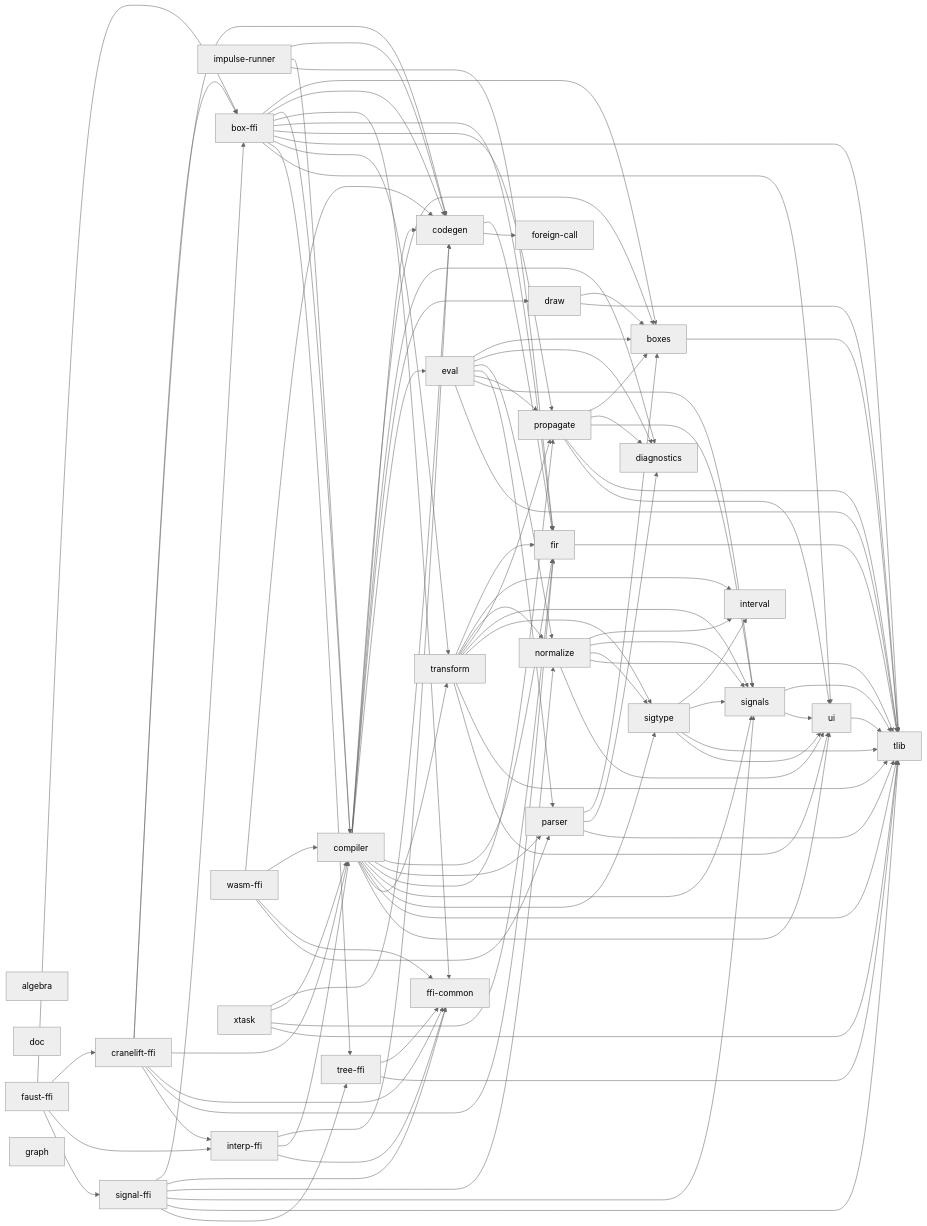
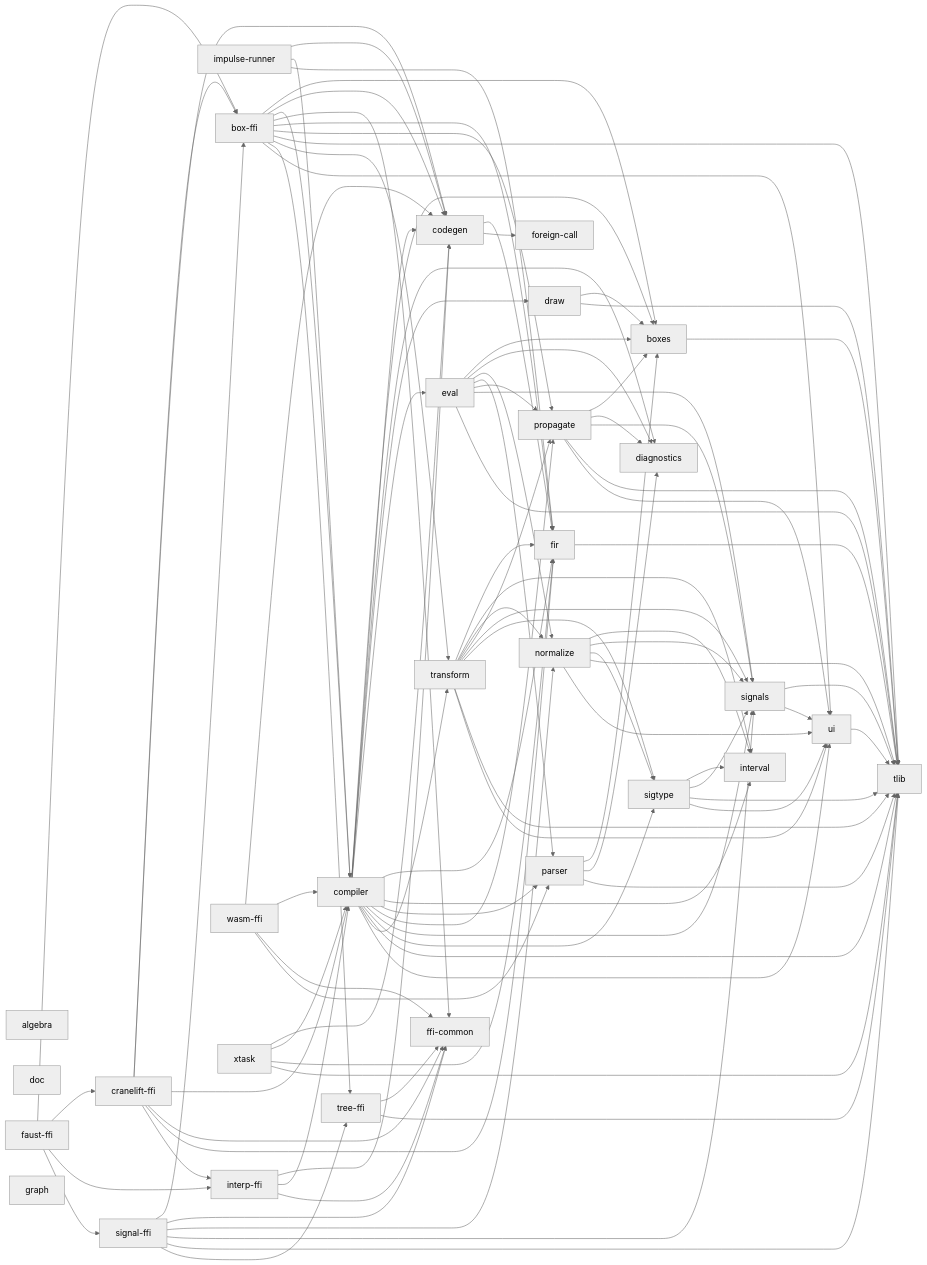
One commit to grame-cncm/faust-rs changed the diagram in docs/code-graphs/internal-crate-deps.mmd. Above: the diagram before and after it, drawn with Mermaid (neutral theme). The commit also changed 29 other files, not shown here.

```diff
--- a/docs/code-graphs/internal-crate-deps.mmd
+++ b/docs/code-graphs/internal-crate-deps.mmd
@@ -1,127 +1,128 @@
 flowchart LR
     crate_algebra["algebra"]
     crate_box_ffi["box-ffi"]
     crate_boxes["boxes"]
     crate_codegen["codegen"]
     crate_compiler["compiler"]
     crate_cranelift_ffi["cranelift-ffi"]
     crate_diagnostics["diagnostics"]
     crate_doc["doc"]
     crate_draw["draw"]
     crate_eval["eval"]
     crate_faust_ffi["faust-ffi"]
     crate_ffi_common["ffi-common"]
     crate_fir["fir"]
     crate_foreign_call["foreign-call"]
     crate_graph["graph"]
     crate_impulse_runner["impulse-runner"]
     crate_interp_ffi["interp-ffi"]
     crate_interval["interval"]
     crate_normalize["normalize"]
     crate_parser["parser"]
     crate_propagate["propagate"]
     crate_signal_ffi["signal-ffi"]
     crate_signals["signals"]
     crate_sigtype["sigtype"]
     crate_tlib["tlib"]
     crate_transform["transform"]
     crate_tree_ffi["tree-ffi"]
     crate_ui["ui"]
     crate_wasm_ffi["wasm-ffi"]
     crate_xtask["xtask"]
     crate_box_ffi --> crate_boxes
     crate_box_ffi --> crate_codegen
     crate_box_ffi --> crate_compiler
     crate_box_ffi --> crate_ffi_common
     crate_box_ffi --> crate_fir
     crate_box_ffi --> crate_propagate
     crate_box_ffi --> crate_tlib
     crate_box_ffi --> crate_transform
     crate_box_ffi --> crate_tree_ffi
     crate_box_ffi --> crate_ui
     crate_boxes --> crate_tlib
     crate_codegen --> crate_fir
     crate_codegen --> crate_foreign_call
     crate_compiler --> crate_boxes
     crate_compiler --> crate_codegen
     crate_compiler --> crate_diagnostics
     crate_compiler --> crate_draw
     crate_compiler --> crate_eval
     crate_compiler --> crate_fir
+    crate_compiler --> crate_interval
     crate_compiler --> crate_parser
     crate_compiler --> crate_propagate
     crate_compiler --> crate_signals
     crate_compiler --> crate_sigtype
     crate_compiler --> crate_tlib
     crate_compiler --> crate_transform
     crate_compiler --> crate_ui
     crate_cranelift_ffi --> crate_box_ffi
     crate_cranelift_ffi --> crate_codegen
     crate_cranelift_ffi --> crate_compiler
     crate_cranelift_ffi --> crate_ffi_common
     crate_cranelift_ffi --> crate_fir
     crate_cranelift_ffi --> crate_interp_ffi
     crate_draw --> crate_boxes
     crate_draw --> crate_tlib
     crate_eval --> crate_boxes
     crate_eval --> crate_diagnostics
     crate_eval --> crate_normalize
     crate_eval --> crate_parser
     crate_eval --> crate_propagate
     crate_eval --> crate_signals
     crate_eval --> crate_tlib
     crate_faust_ffi --> crate_box_ffi
     crate_faust_ffi --> crate_cranelift_ffi
     crate_faust_ffi --> crate_interp_ffi
     crate_faust_ffi --> crate_signal_ffi
     crate_fir --> crate_tlib
     crate_impulse_runner --> crate_codegen
     crate_impulse_runner --> crate_compiler
     crate_impulse_runner --> crate_fir
     crate_interp_ffi --> crate_codegen
     crate_interp_ffi --> crate_compiler
     crate_interp_ffi --> crate_ffi_common
     crate_normalize --> crate_interval
     crate_normalize --> crate_signals
     crate_normalize --> crate_sigtype
     crate_normalize --> crate_tlib
     crate_normalize --> crate_ui
     crate_parser --> crate_boxes
     crate_parser --> crate_diagnostics
     crate_parser --> crate_tlib
     crate_propagate --> crate_boxes
     crate_propagate --> crate_diagnostics
     crate_propagate --> crate_signals
     crate_propagate --> crate_tlib
     crate_propagate --> crate_ui
     crate_signal_ffi --> crate_box_ffi
     crate_signal_ffi --> crate_ffi_common
     crate_signal_ffi --> crate_normalize
     crate_signal_ffi --> crate_signals
     crate_signal_ffi --> crate_tlib
     crate_signal_ffi --> crate_tree_ffi
     crate_signals --> crate_tlib
     crate_signals --> crate_ui
     crate_sigtype --> crate_interval
     crate_sigtype --> crate_signals
     crate_sigtype --> crate_tlib
     crate_sigtype --> crate_ui
     crate_transform --> crate_fir
     crate_transform --> crate_interval
     crate_transform --> crate_normalize
     crate_transform --> crate_propagate
     crate_transform --> crate_signals
     crate_transform --> crate_sigtype
     crate_transform --> crate_tlib
     crate_transform --> crate_ui
     crate_tree_ffi --> crate_ffi_common
     crate_tree_ffi --> crate_tlib
     crate_ui --> crate_tlib
     crate_wasm_ffi --> crate_codegen
     crate_wasm_ffi --> crate_compiler
     crate_wasm_ffi --> crate_ffi_common
     crate_wasm_ffi --> crate_parser
     crate_xtask --> crate_codegen
     crate_xtask --> crate_compiler
     crate_xtask --> crate_fir
     crate_xtask --> crate_tlib
```
